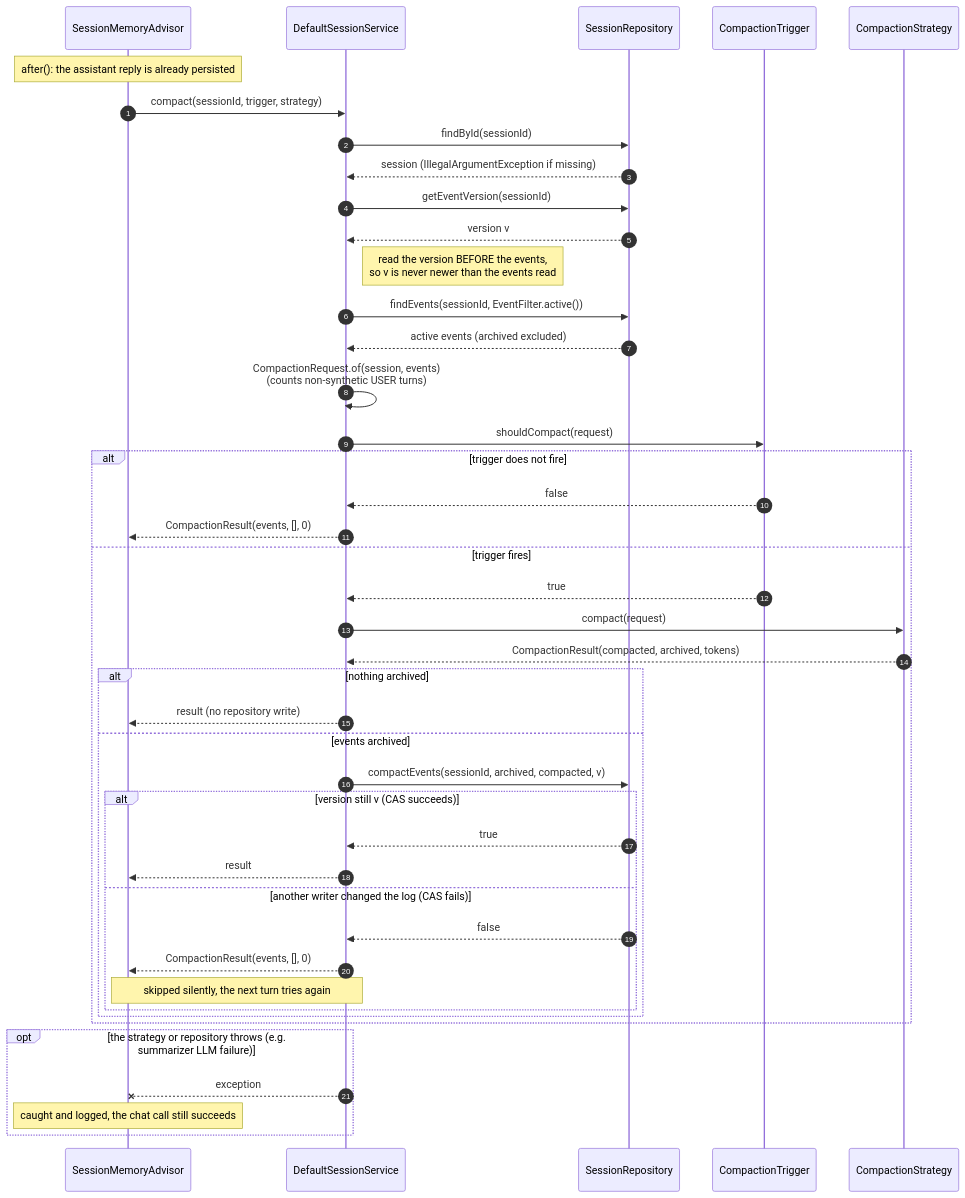
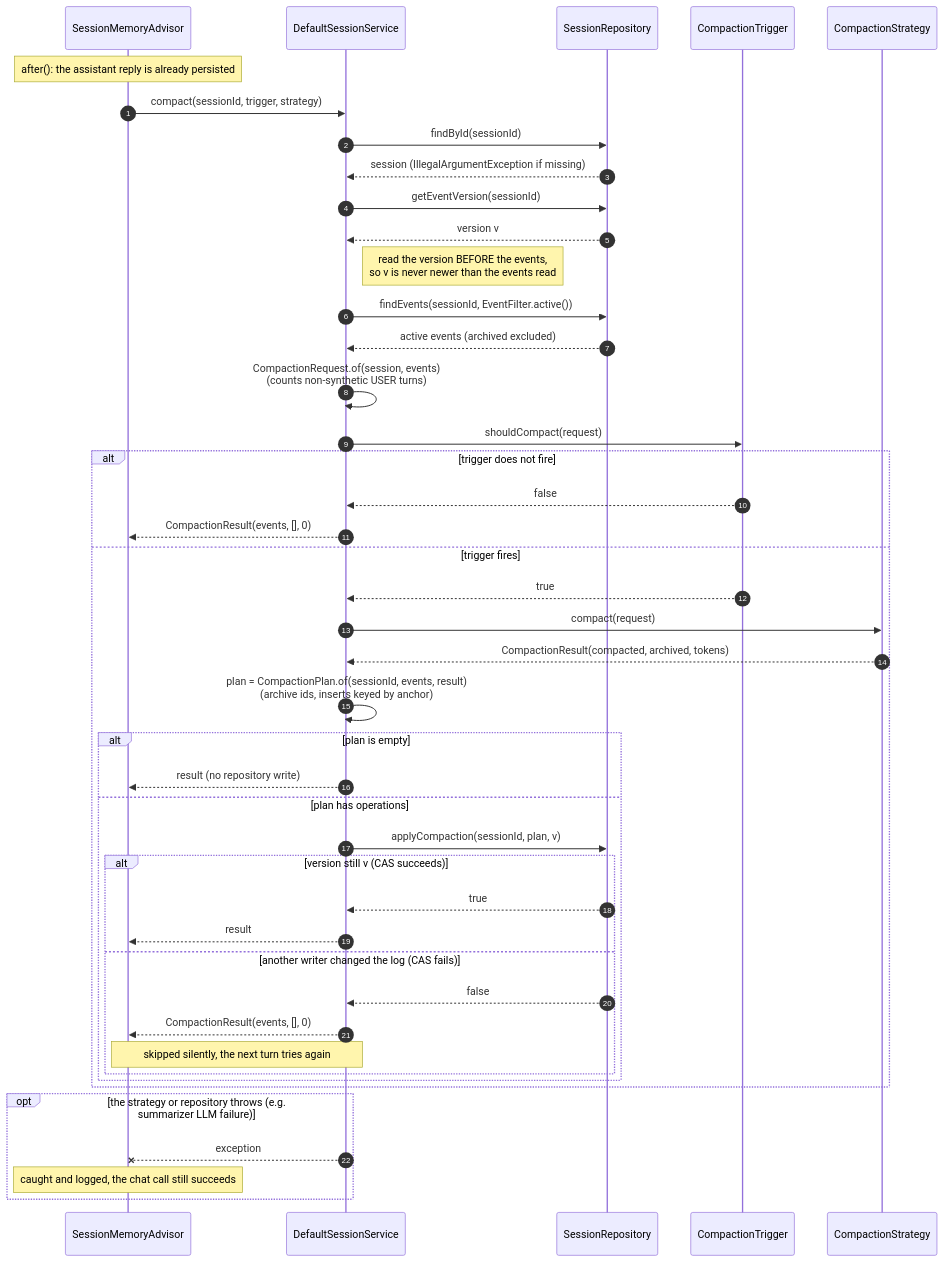
One commit to andotorg/spring-ai-session changed the fourth of 9 diagrams in docs/session-management/compaction-internals.md. Above: the diagram before and after it, drawn with Mermaid. The commit also changed other lines of this file and 44 other files, not shown here.

````diff
--- a/docs/session-management/compaction-internals.md
+++ b/docs/session-management/compaction-internals.md
@@ -181,46 +197,47 @@
 ```mermaid
 sequenceDiagram
     autonumber
     participant Adv as SessionMemoryAdvisor
     participant Svc as DefaultSessionService
     participant Repo as SessionRepository
     participant Trg as CompactionTrigger
     participant Str as CompactionStrategy
 
     Note over Adv: after(): the assistant reply is already persisted
     Adv->>Svc: compact(sessionId, trigger, strategy)
     Svc->>Repo: findById(sessionId)
     Repo-->>Svc: session (IllegalArgumentException if missing)
     Svc->>Repo: getEventVersion(sessionId)
     Repo-->>Svc: version v
     Note right of Svc: read the version BEFORE the events,<br/>so v is never newer than the events read
     Svc->>Repo: findEvents(sessionId, EventFilter.active())
     Repo-->>Svc: active events (archived excluded)
     Svc->>Svc: CompactionRequest.of(session, events)<br/>(counts non-synthetic USER turns)
     Svc->>Trg: shouldCompact(request)
     alt trigger does not fire
         Trg-->>Svc: false
         Svc-->>Adv: CompactionResult(events, [], 0)
     else trigger fires
         Trg-->>Svc: true
         Svc->>Str: compact(request)
         Str-->>Svc: CompactionResult(compacted, archived, tokens)
-        alt nothing archived
+        Svc->>Svc: plan = CompactionPlan.of(sessionId, events, result)<br/>(archive ids, inserts keyed by anchor)
+        alt plan is empty
             Svc-->>Adv: result (no repository write)
-        else events archived
-            Svc->>Repo: compactEvents(sessionId, archived, compacted, v)
+        else plan has operations
+            Svc->>Repo: applyCompaction(sessionId, plan, v)
             alt version still v (CAS succeeds)
                 Repo-->>Svc: true
                 Svc-->>Adv: result
             else another writer changed the log (CAS fails)
                 Repo-->>Svc: false
                 Svc-->>Adv: CompactionResult(events, [], 0)
                 Note over Svc,Adv: skipped silently, the next turn tries again
             end
         end
     end
     opt the strategy or repository throws (e.g. summarizer LLM failure)
         Svc--xAdv: exception
         Note over Adv: caught and logged, the chat call still succeeds
     end
 ```
````
